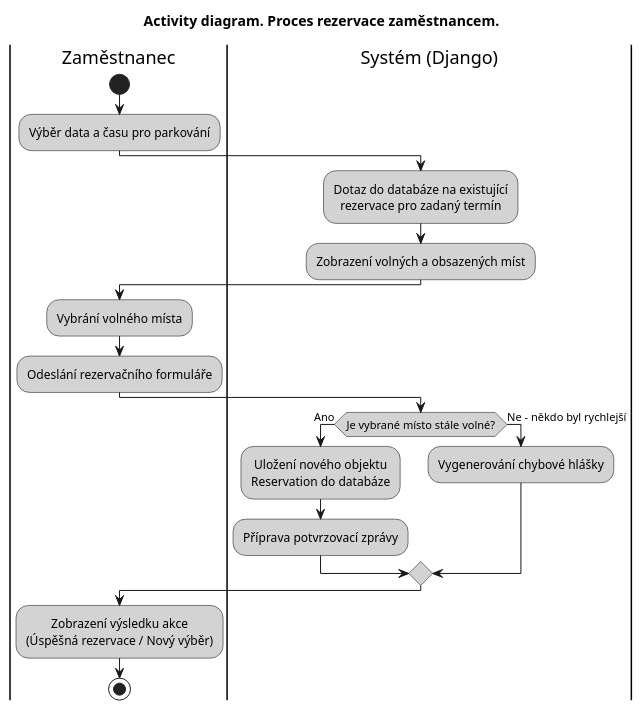
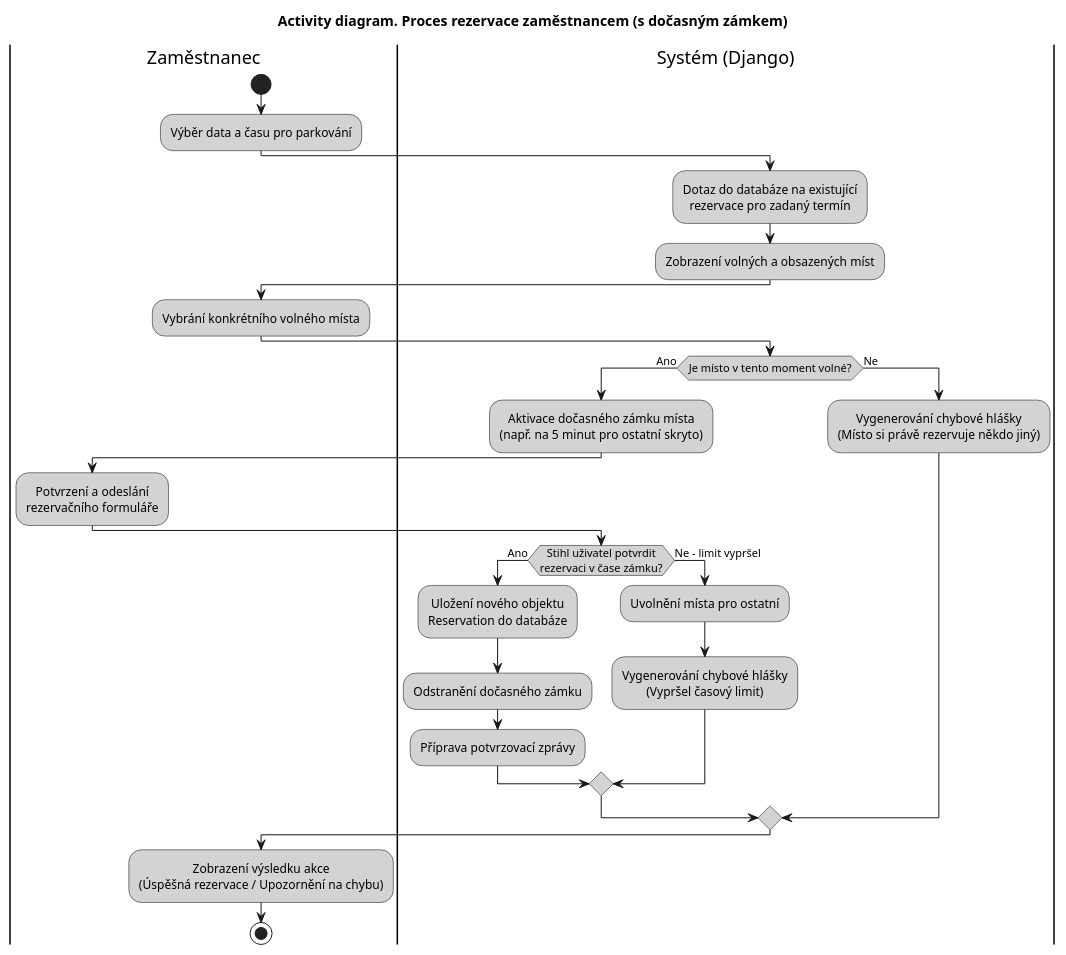
Before and after one commit to AidenCze/SWI-Project: the diagram in docs/diagramy/activity-reservation.puml, drawn with PlantUML.

Commit message:
Update activity diagram for employee reservation process

```diff
--- a/docs/diagramy/activity-reservation.puml
+++ b/docs/diagramy/activity-reservation.puml
@@ -1,37 +1,50 @@
 @startuml
-title Activity diagram. Proces rezervace zaměstnancem.
+title Activity diagram. Proces rezervace zaměstnancem (s dočasným zámkem)
 
 skinparam ActivityBackgroundColor LightGray
 skinparam ActivityBorderColor Black
 skinparam defaultTextAlignment center
 
 ' Definice plaveckých drah
 |Zaměstnanec|
 |Systém (Django)|
 
 |Zaměstnanec|
 start
 :Výběr data a času pro parkování;
 
 |Systém (Django)|
 :Dotaz do databáze na existující\nrezervace pro zadaný termín;
 :Zobrazení volných a obsazených míst;
 
 |Zaměstnanec|
-:Vybrání volného místa;
-:Odeslání rezervačního formuláře;
+:Vybrání konkrétního volného místa;
 
 |Systém (Django)|
-' Rozhodovací uzel pro kontrolu dostupnosti
-if (Je vybrané místo stále volné?) then (Ano)
-    :Uložení nového objektu\nReservation do databáze;
-    :Příprava potvrzovací zprávy;
-else (Ne - někdo byl rychlejší)
-    :Vygenerování chybové hlášky;
+' První kontrola: Byli jsme první, kdo na místo klikl?
+if (Je místo v tento moment volné?) then (Ano)
+    :Aktivace dočasného zámku místa\n(např. na 5 minut pro ostatní skryto);
+    
+    |Zaměstnanec|
+    :Potvrzení a odeslání\nrezervačního formuláře;
+    
+    |Systém (Django)|
+    ' Druhá kontrola: Stihl to v časovém limitu?
+    if (Stihl uživatel potvrdit\nrezervaci v čase zámku?) then (Ano)
+        :Uložení nového objektu\nReservation do databáze;
+        :Odstranění dočasného zámku;
+        :Příprava potvrzovací zprávy;
+    else (Ne - limit vypršel)
+        :Uvolnění místa pro ostatní;
+        :Vygenerování chybové hlášky\n(Vypršel časový limit);
+    endif
+
+else (Ne)
+    :Vygenerování chybové hlášky\n(Místo si právě rezervuje někdo jiný);
 endif
 
 ' Společné sjednocení čistě na frontendu (u zaměstnance)
 |Zaměstnanec|
-:Zobrazení výsledku akce\n(Úspěšná rezervace / Nový výběr);
+:Zobrazení výsledku akce\n(Úspěšná rezervace / Upozornění na chybu);
 stop
 @enduml
```
